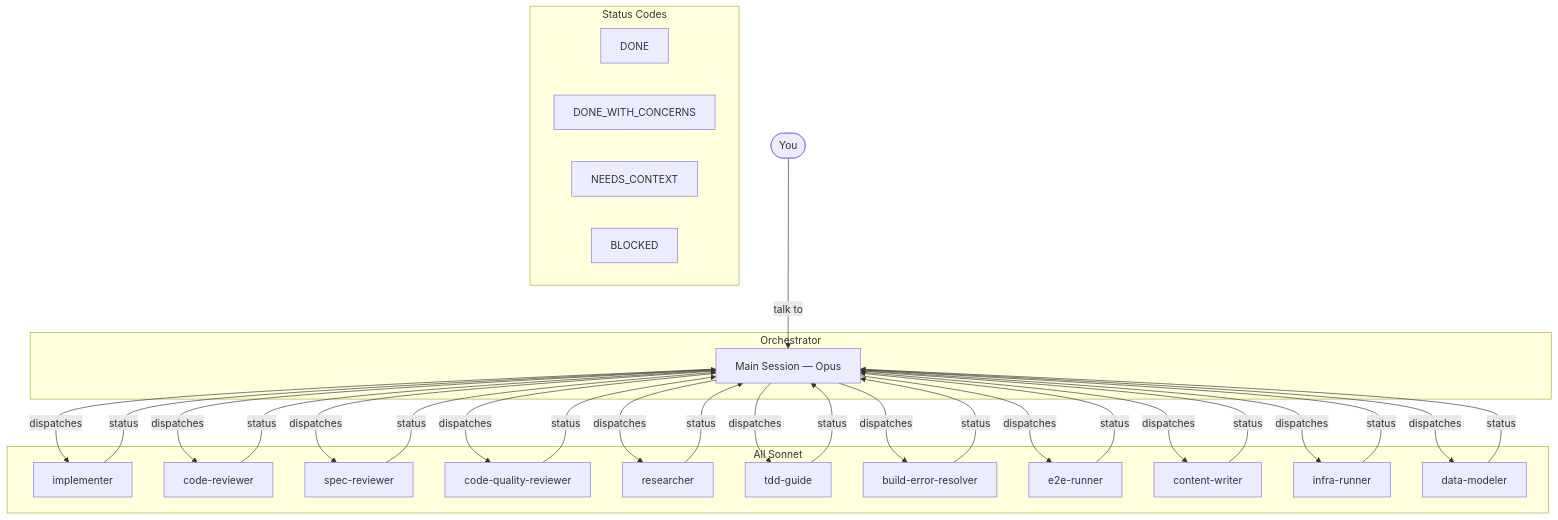
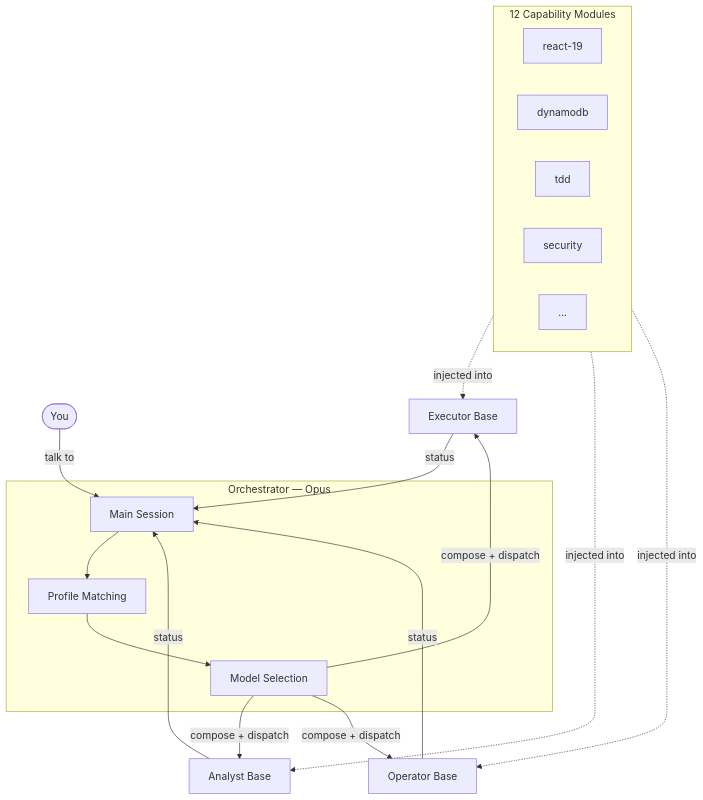
One commit to ilsantino/iago-os changed the first of 2 diagrams in README.md. Above: the diagram before and after it, drawn with Mermaid. The commit also changed other lines of this file and 62 other files, not shown here.

First line of the commit message:
feat: agent architecture v2 — capability-based dispatch with profiles

````diff
--- a/README.md
+++ b/README.md
@@ -194,54 +194,32 @@
 ```mermaid
 flowchart TD
     You([You]) -->|talk to| Orch
 
-    subgraph Orchestrator
-        Orch[Main Session — Opus]
+    subgraph Orchestrator [Orchestrator — Opus]
+        Orch[Main Session]
+        PM[Profile Matching]
+        MC[Model Selection]
+        Orch --> PM --> MC
     end
 
-    Orch -->|dispatches| Impl[implementer]
-    Orch -->|dispatches| Rev[code-reviewer]
-    Orch -->|dispatches| Spec[spec-reviewer]
-    Orch -->|dispatches| Qual[code-quality-reviewer]
-    Orch -->|dispatches| Res[researcher]
-    Orch -->|dispatches| TDD[tdd-guide]
-    Orch -->|dispatches| BER[build-error-resolver]
-    Orch -->|dispatches| E2E[e2e-runner]
-    Orch -->|dispatches| CW[content-writer]
-    Orch -->|dispatches| IR[infra-runner]
-    Orch -->|dispatches| DM[data-modeler]
+    MC -->|compose + dispatch| E[Executor Base]
+    MC -->|compose + dispatch| A[Analyst Base]
+    MC -->|compose + dispatch| O[Operator Base]
 
-    Impl -->|status| Orch
-    Rev -->|status| Orch
-    Spec -->|status| Orch
-    Qual -->|status| Orch
-    Res -->|status| Orch
-    TDD -->|status| Orch
-    BER -->|status| Orch
-    E2E -->|status| Orch
-    CW -->|status| Orch
-    IR -->|status| Orch
-    DM -->|status| Orch
-
-    subgraph Agents [All Sonnet]
-        Impl
-        Rev
-        Spec
-        Qual
-        Res
-        TDD
-        BER
-        E2E
-        CW
-        IR
-        DM
+    subgraph Capabilities [12 Capability Modules]
+        direction LR
+        C1[react-19]
+        C2[dynamodb]
+        C3[tdd]
+        C4[security]
+        C5[...]
     end
 
-    subgraph Status Codes
-        direction LR
-        S1[DONE]
-        S2[DONE_WITH_CONCERNS]
-        S3[NEEDS_CONTEXT]
-        S4[BLOCKED]
-    end
+    Capabilities -.->|injected into| E
+    Capabilities -.->|injected into| A
+    Capabilities -.->|injected into| O
+
+    E -->|status| Orch
+    A -->|status| Orch
+    O -->|status| Orch
 ```
````
